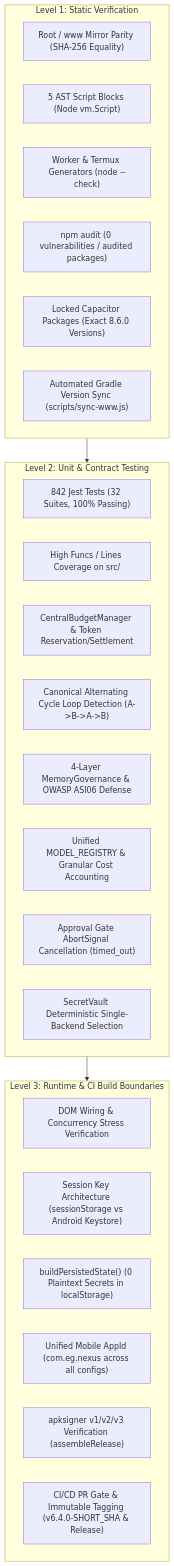
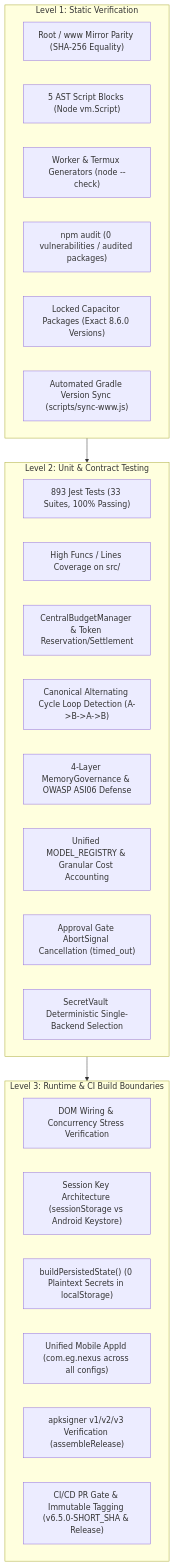
The first of 2 diagrams in AUDIT_REPORT.md (dicardotr46-max/EG-Nexus-OS), drawn with Mermaid before and after one commit. The commit also changed other lines of this file and 25 other files, not shown here.

Commit message:
feat(v6.5.0): complete deep multi-depth Cue v26.18.15 UI/UX & sub-flow parity via scroll-aware crawler v2

````diff
--- a/AUDIT_REPORT.md
+++ b/AUDIT_REPORT.md
@@ -31,34 +31,34 @@
 ```mermaid
 flowchart TD
     subgraph LEVEL_1["Level 1: Static Verification"]
         PARITY["Root / www Mirror Parity (SHA-256 Equality)"]
         AST["5 AST Script Blocks (Node vm.Script)"]
         TMPL["Worker & Termux Generators (node --check)"]
         NPM["npm audit (0 vulnerabilities / audited packages)"]
         PINS["Locked Capacitor Packages (Exact 8.6.0 Versions)"]
         GRADLE_SYNC["Automated Gradle Version Sync (scripts/sync-www.js)"]
     end
 
     subgraph LEVEL_2["Level 2: Unit & Contract Testing"]
-        JEST["842 Jest Tests (32 Suites, 100% Passing)"]
+        JEST["893 Jest Tests (33 Suites, 100% Passing)"]
         COV["High Funcs / Lines Coverage on src/"]
         TOKEN_BUDGET["CentralBudgetManager & Token Reservation/Settlement"]
         LOOP_DET["Canonical Alternating Cycle Loop Detection (A->B->A->B)"]
         MEM_GOV["4-Layer MemoryGovernance & OWASP ASI06 Defense"]
         MODEL_REG["Unified MODEL_REGISTRY & Granular Cost Accounting"]
         TIMEOUT_ABORT["Approval Gate AbortSignal Cancellation (timed_out)"]
         VAULT_UNIF["SecretVault Deterministic Single-Backend Selection"]
     end
 
     subgraph LEVEL_3["Level 3: Runtime & CI Build Boundaries"]
         DOM_WIRING["DOM Wiring & Concurrency Stress Verification"]
         SESSION["Session Key Architecture (sessionStorage vs Android Keystore)"]
         STRIP["buildPersistedState() (0 Plaintext Secrets in localStorage)"]
         APPID_PARITY["Unified Mobile AppId (com.eg.nexus across all configs)"]
         SIGN["apksigner v1/v2/v3 Verification (assembleRelease)"]
-        GATE["CI/CD PR Gate & Immutable Tagging (v6.4.0-SHORT_SHA & Release)"]
+        GATE["CI/CD PR Gate & Immutable Tagging (v6.5.0-SHORT_SHA & Release)"]
     end
 
     LEVEL_1 --> LEVEL_2
     LEVEL_2 --> LEVEL_3
 ```
````
